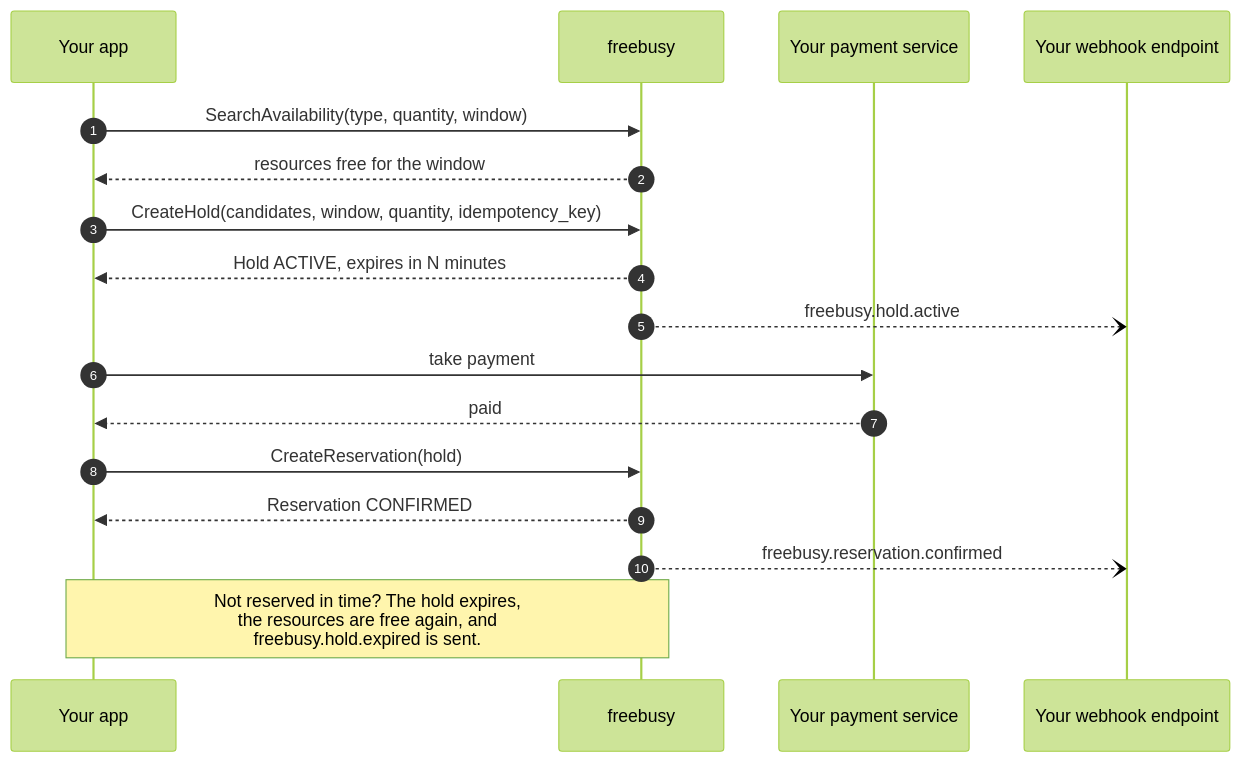
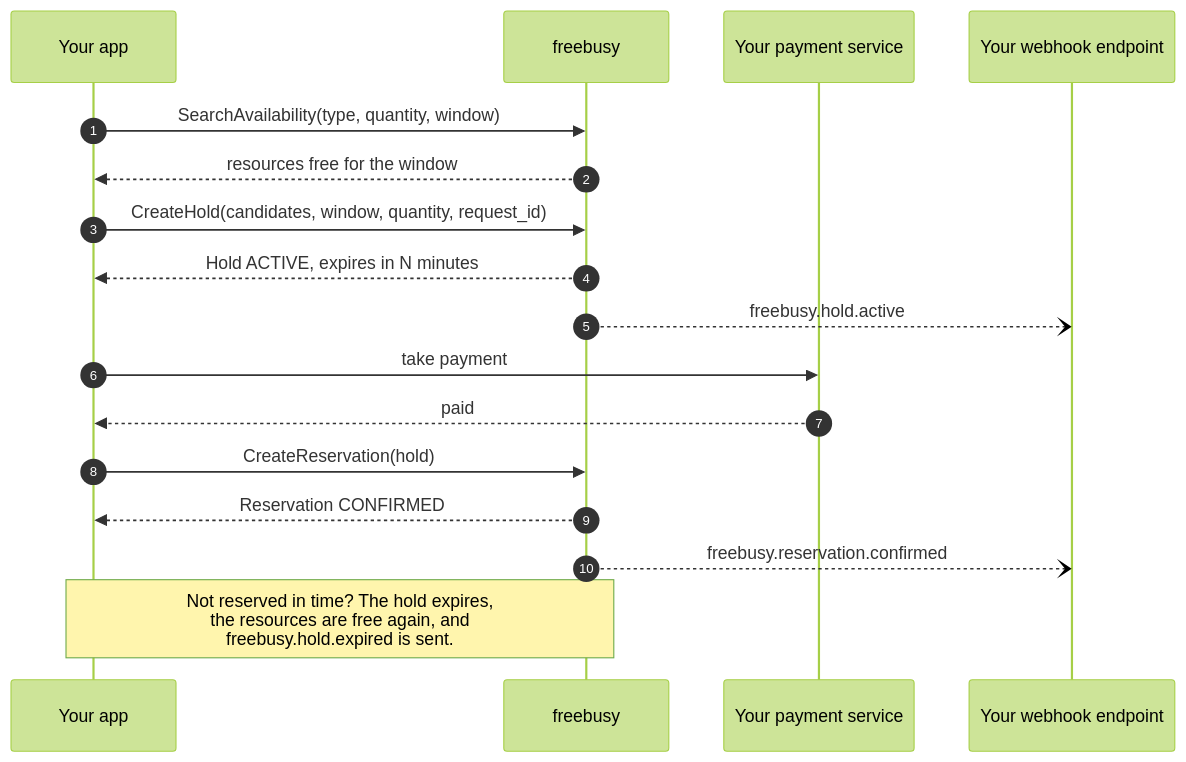
The fourth of 8 diagrams in README.md (shokki-engineering/freebusy), drawn with Mermaid (forest theme) before and after one commit. The commit also changed other lines of this file and 1157 other files, not shown here.

````diff
--- a/README.md
+++ b/README.md
@@ -163,20 +163,20 @@
 ```mermaid
 sequenceDiagram
     autonumber
     participant C as Your app
     participant F as freebusy
     participant P as Your payment service
     participant W as Your webhook endpoint
 
     C->>F: SearchAvailability(type, quantity, window)
     F-->>C: resources free for the window
-    C->>F: CreateHold(candidates, window, quantity, idempotency_key)
+    C->>F: CreateHold(candidates, window, quantity, request_id)
     F-->>C: Hold ACTIVE, expires in N minutes
     F--)W: freebusy.hold.active
     C->>P: take payment
     P-->>C: paid
     C->>F: CreateReservation(hold)
     F-->>C: Reservation CONFIRMED
     F--)W: freebusy.reservation.confirmed
     Note over C,F: Not reserved in time? The hold expires,<br/>the resources are free again, and<br/>freebusy.hold.expired is sent.
 ```
````
